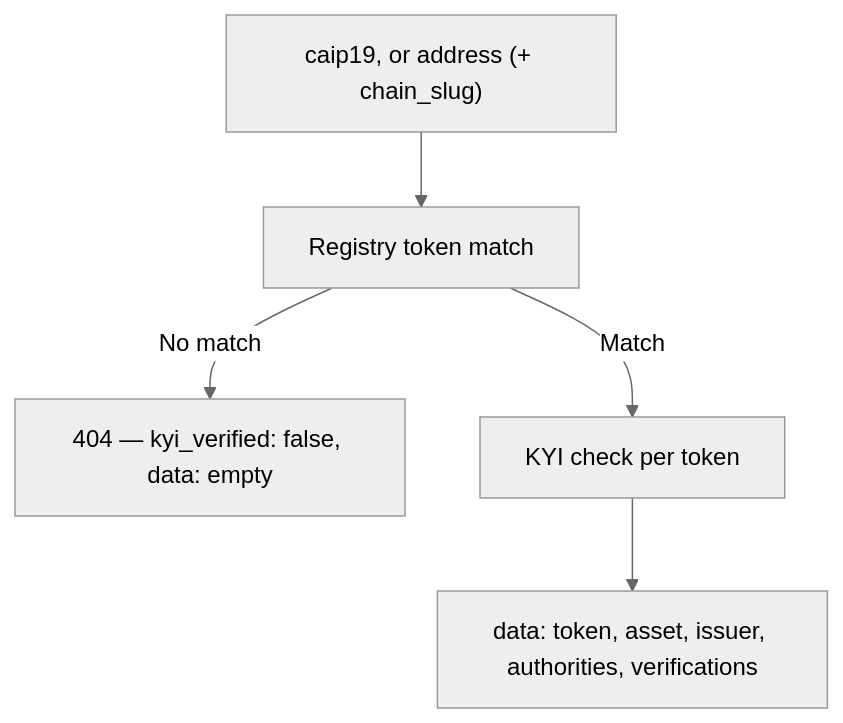
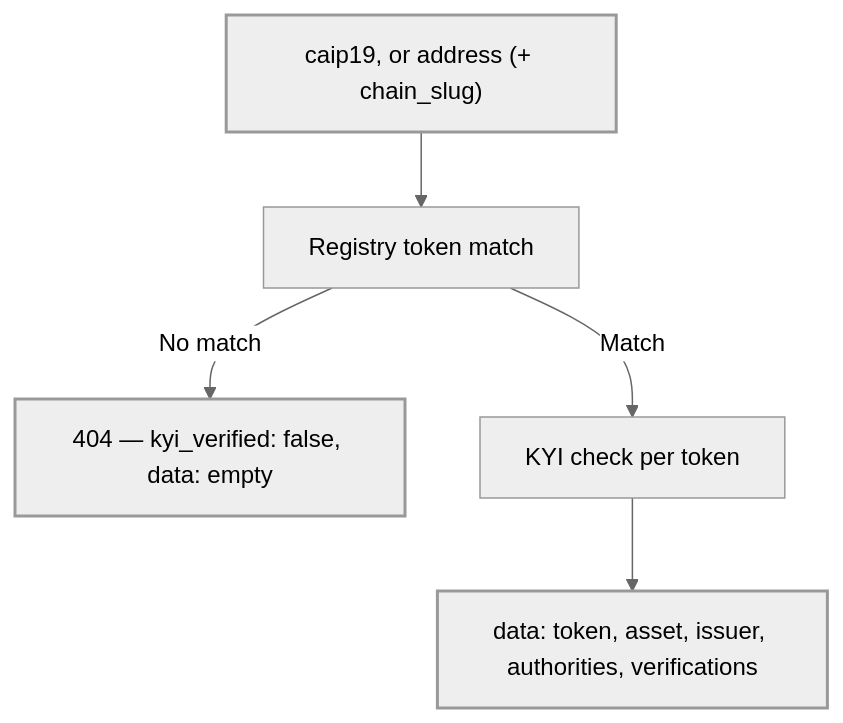
One commit to blupryntco/docs changed the diagram in api/public/token-lookup.mdx. Above: the diagram before and after it, drawn with Mermaid (neutral theme). The commit also changed 54 other files, not shown here.

Commit message:
Diagrams in site palette with dark mode; Developers overview for SDK + both APIs

````diff
--- a/api/public/token-lookup.mdx
+++ b/api/public/token-lookup.mdx
@@ -21,7 +21,11 @@
 ```mermaid
 flowchart TD
     A["caip19, or address (+ chain_slug)"] --> B[Registry token match]
     B -->|No match| C["404 — kyi_verified: false, data: empty"]
     B -->|Match| D[KYI check per token]
     D --> E["data: token, asset, issuer, authorities, verifications"]
+classDef start stroke-width:2px
+classDef done stroke-width:2px
+class A start
+class C,E done
 ```
````
